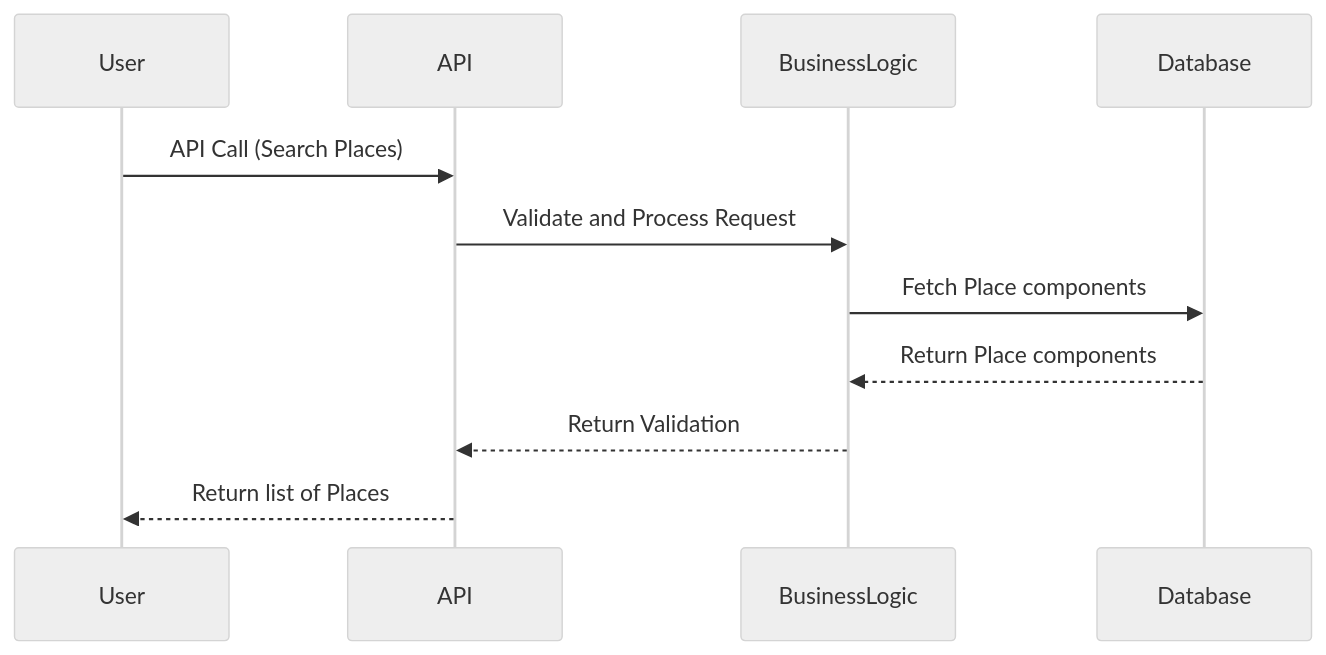
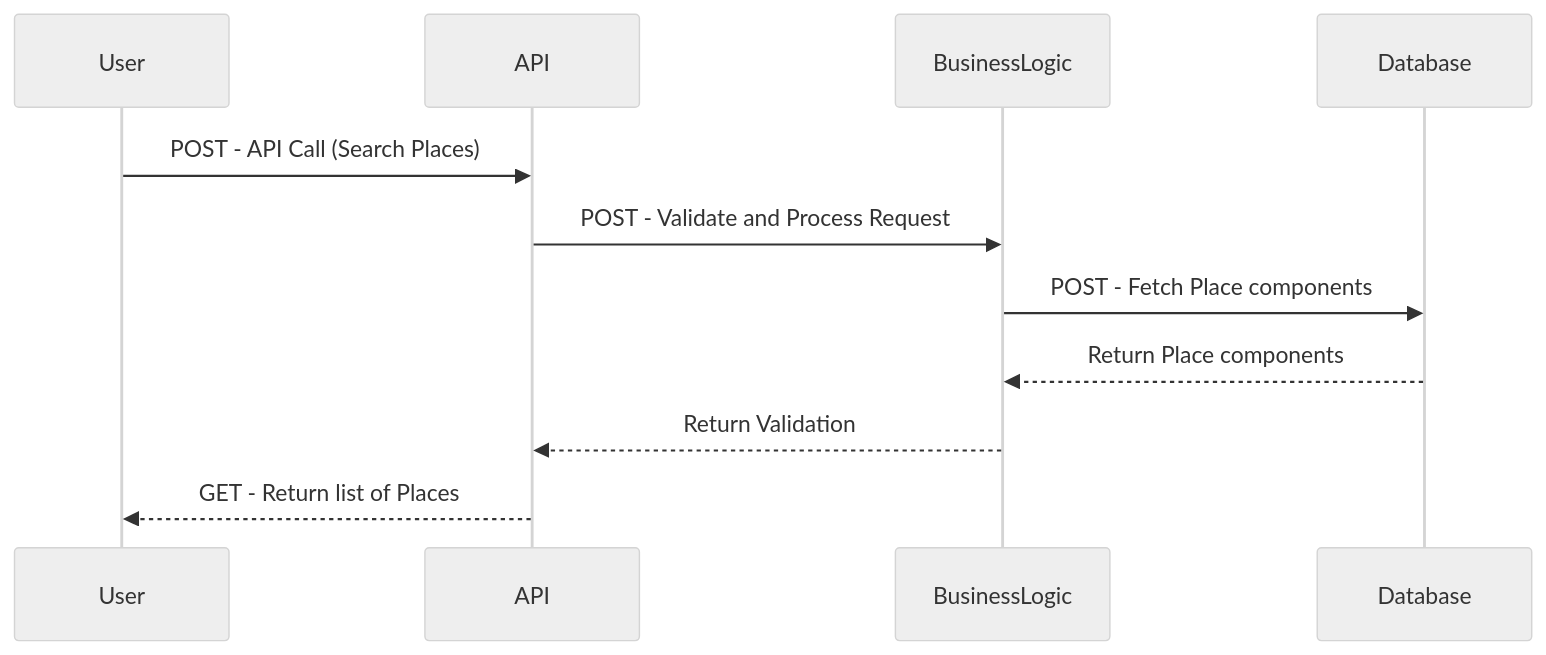
One commit to PrmDem/holbertonschool-hbnb changed the diagram in part1/search_results.md. Above: the diagram before and after it, drawn with Mermaid (neutral theme). The commit also changed 3 other files, not shown here.

````diff
--- a/part1/search_results.md
+++ b/part1/search_results.md
@@ -1,14 +1,14 @@
 ```mermaid
 sequenceDiagram
 participant User
 participant API
 participant BusinessLogic
 participant Database
 
-User->>API: API Call (Search Places)
-API->>BusinessLogic: Validate and Process Request
-BusinessLogic->>Database: Fetch Place components
+User->>API: POST - API Call (Search Places)
+API->>BusinessLogic: POST - Validate and Process Request
+BusinessLogic->>Database: POST - Fetch Place components
 Database-->>BusinessLogic: Return Place components
 BusinessLogic-->>API: Return Validation
-API-->>User: Return list of Places
+API-->>User: GET - Return list of Places
 ```
````
